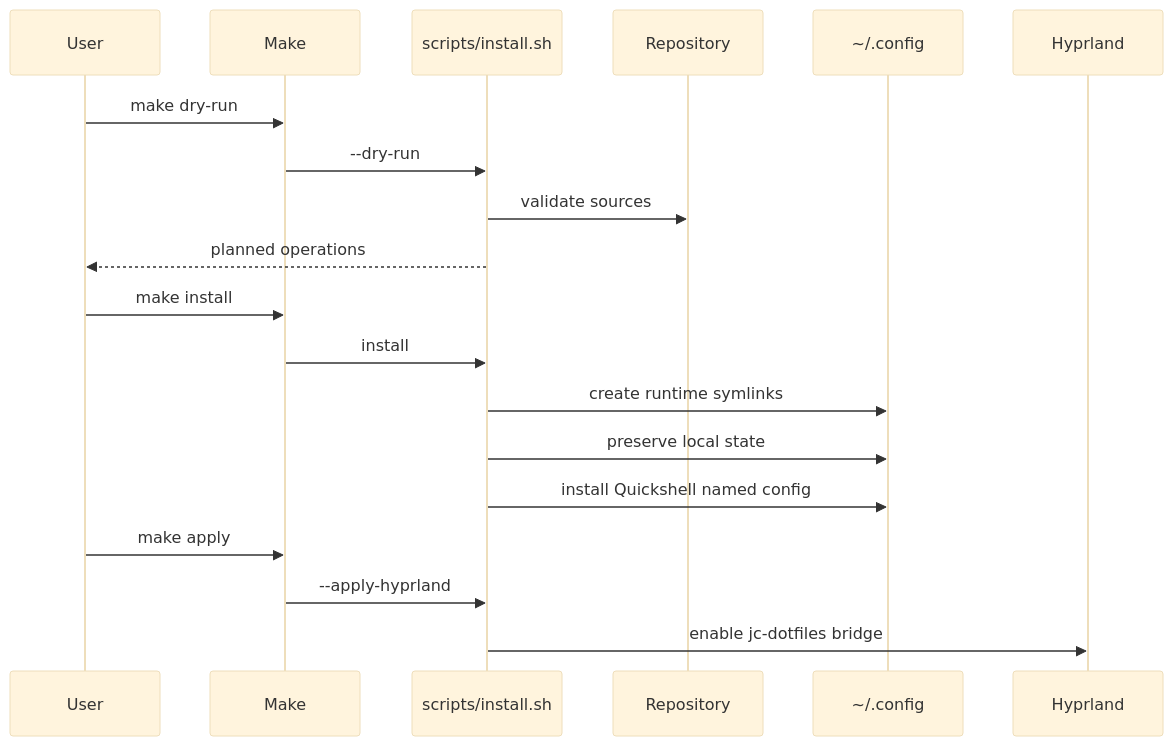
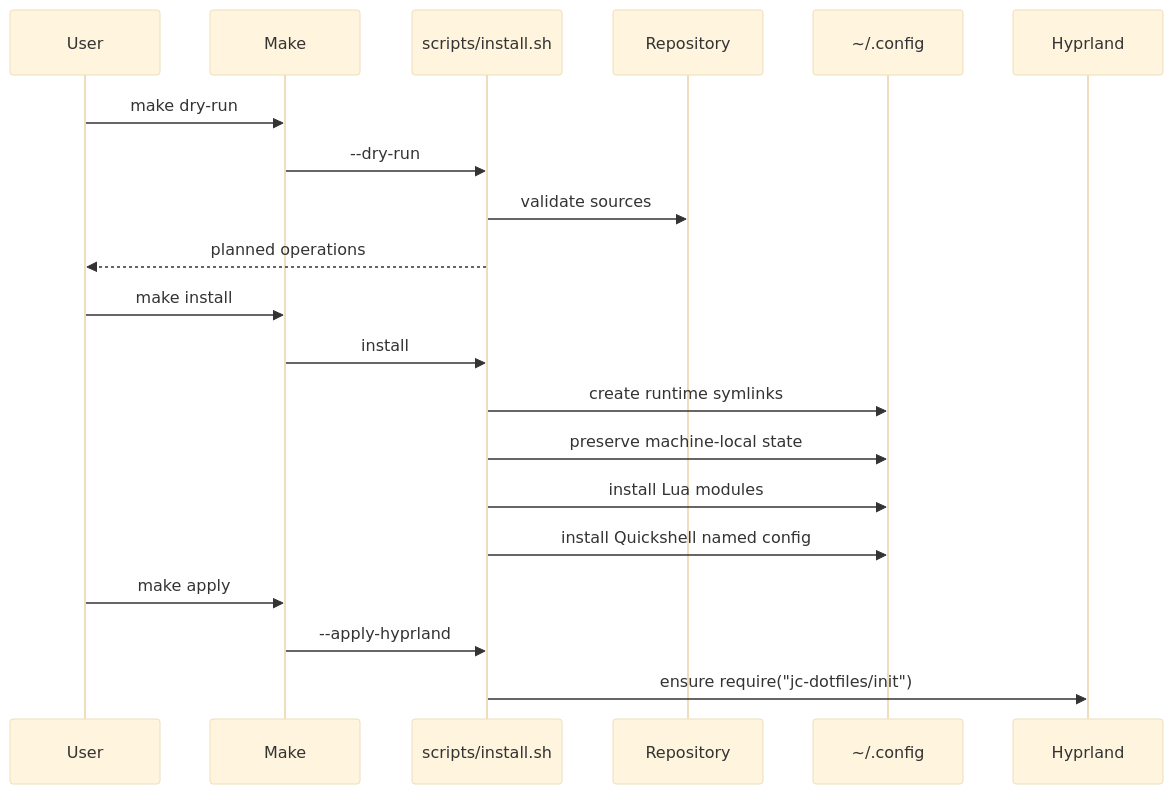
One commit to jcpina83/jc-hyprland-dotfiles changed the fourth of 4 diagrams in docs/architecture.md. Above: the diagram before and after it, drawn with Mermaid (base theme). The commit also changed other lines of this file and 17 other files, not shown here.

````diff
--- a/docs/architecture.md
+++ b/docs/architecture.md
@@ -618,24 +714,25 @@
 ```mermaid
 sequenceDiagram
     participant U as User
     participant M as Make
     participant I as scripts/install.sh
     participant R as Repository
     participant C as ~/.config
     participant H as Hyprland
 
     U->>M: make dry-run
     M->>I: --dry-run
     I->>R: validate sources
     I-->>U: planned operations
 
     U->>M: make install
     M->>I: install
     I->>C: create runtime symlinks
-    I->>C: preserve local state
+    I->>C: preserve machine-local state
+    I->>C: install Lua modules
     I->>C: install Quickshell named config
 
     U->>M: make apply
     M->>I: --apply-hyprland
-    I->>H: enable jc-dotfiles bridge
+    I->>H: ensure require("jc-dotfiles/init")
 ```
````
